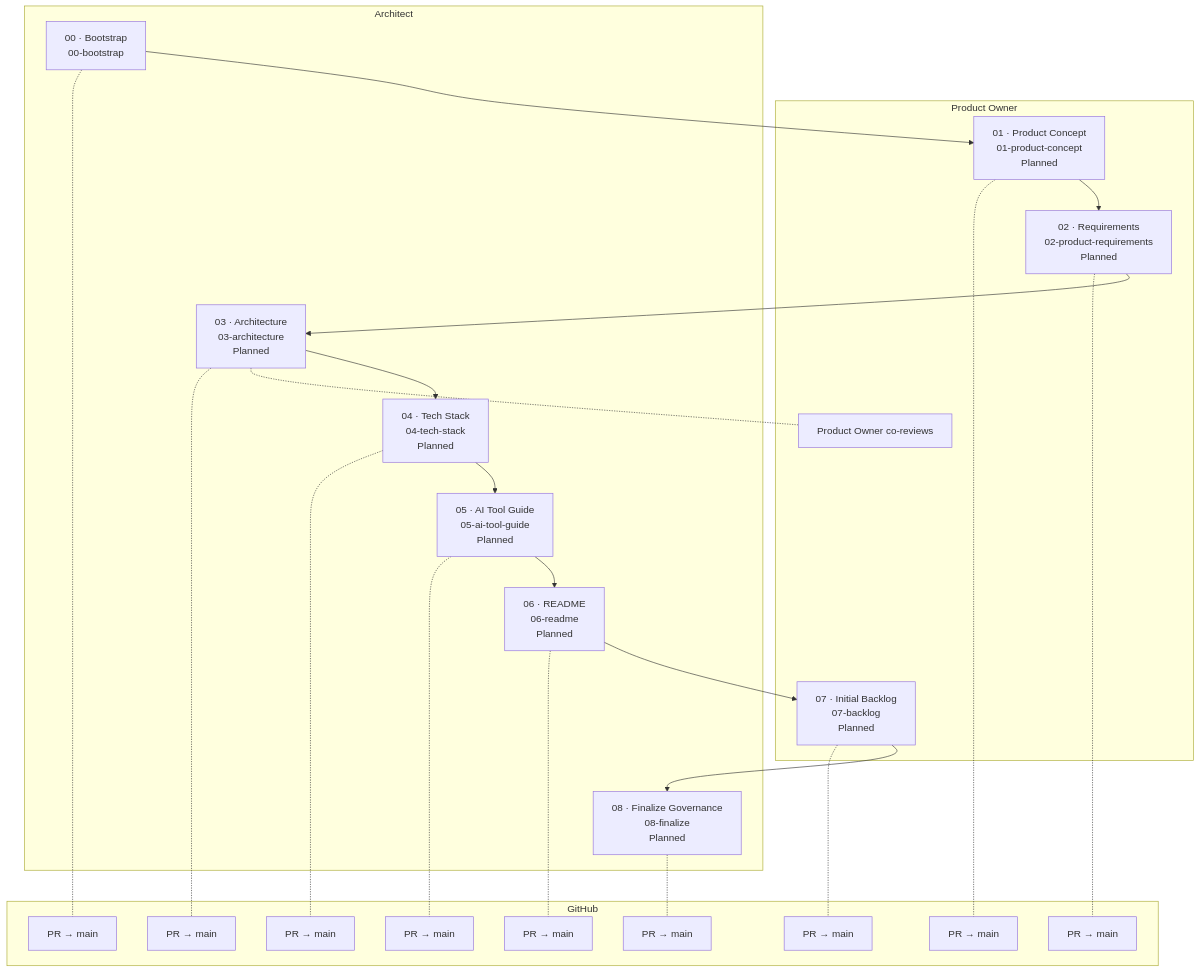
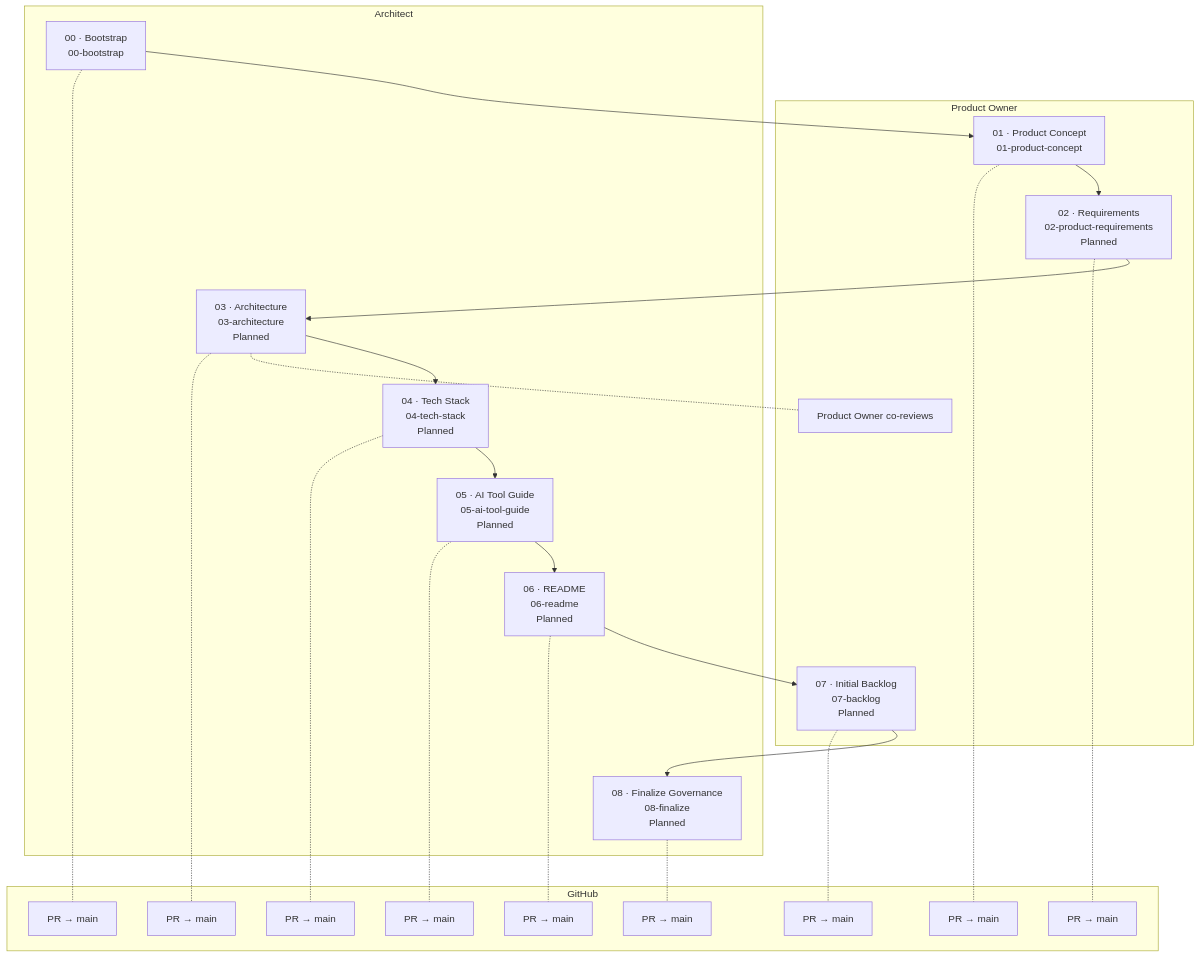
The first of 3 diagrams in docs/guides/Cuevik-Plugins_Walkthrough.md (viralparikh-dev/cuevik-plugins), drawn with Mermaid before and after one commit. The commit also changed other lines of this file and 7 other files, not shown here.

First line of the commit message:
docs: mark cuevik-start:01-product-concept Available

````diff
--- a/docs/guides/Cuevik-Plugins_Walkthrough.md
+++ b/docs/guides/Cuevik-Plugins_Walkthrough.md
@@ -79,46 +79,46 @@
 ```mermaid
 flowchart TB
   subgraph PO["Product Owner"]
-    M1["01 · Product Concept<br/>01-product-concept<br/>Planned"]
+    M1["01 · Product Concept<br/>01-product-concept"]
     M2["02 · Requirements<br/>02-product-requirements<br/>Planned"]
     S3_1["Product Owner co-reviews"]
     M7["07 · Initial Backlog<br/>07-backlog<br/>Planned"]
   end
   subgraph AR["Architect"]
     M0["00 · Bootstrap<br/>00-bootstrap"]
     M3["03 · Architecture<br/>03-architecture<br/>Planned"]
     M4["04 · Tech Stack<br/>04-tech-stack<br/>Planned"]
     M5["05 · AI Tool Guide<br/>05-ai-tool-guide<br/>Planned"]
     M6["06 · README<br/>06-readme<br/>Planned"]
     M8["08 · Finalize Governance<br/>08-finalize<br/>Planned"]
   end
   subgraph GH["GitHub"]
     S0_0["PR → main"]
     S1_0["PR → main"]
     S2_0["PR → main"]
     S3_0["PR → main"]
     S4_0["PR → main"]
     S5_0["PR → main"]
     S6_0["PR → main"]
     S7_0["PR → main"]
     S8_0["PR → main"]
   end
   M0 -.- S0_0
   M0 --> M1
   M1 -.- S1_0
   M1 --> M2
   M2 -.- S2_0
   M2 --> M3
   M3 -.- S3_0
   M3 -.- S3_1
   M3 --> M4
   M4 -.- S4_0
   M4 --> M5
   M5 -.- S5_0
   M5 --> M6
   M6 -.- S6_0
   M6 --> M7
   M7 -.- S7_0
   M7 --> M8
   M8 -.- S8_0
 ```
````
